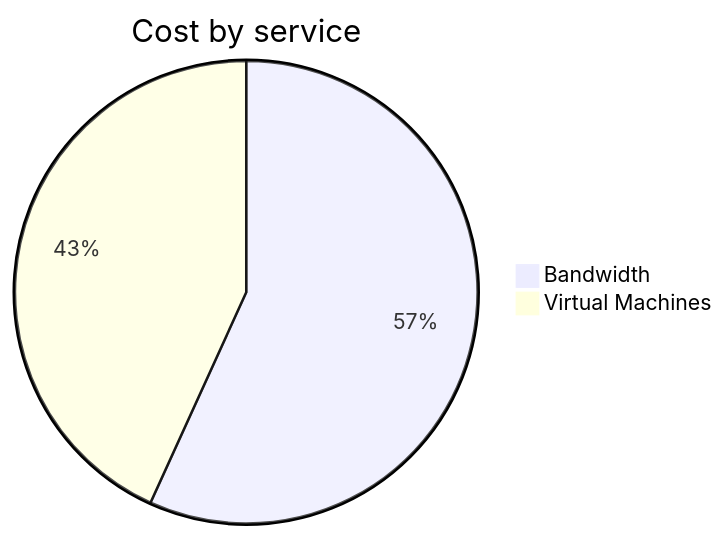
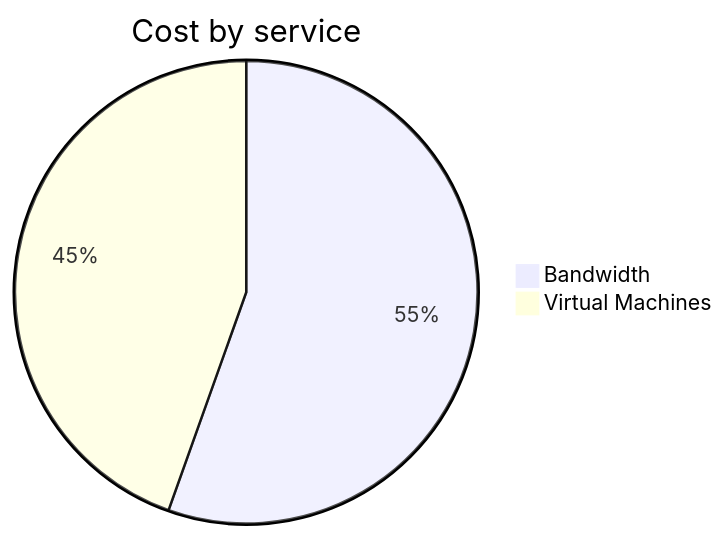
The second of 4 diagrams in cost-reports/personal-network/vpn-server.md (jpfulton/azure-personal-reports), drawn with Mermaid before and after one commit. The commit also changed other lines of this file and 8 other files, not shown here.

````diff
--- a/cost-reports/personal-network/vpn-server.md
+++ b/cost-reports/personal-network/vpn-server.md
@@ -96,6 +96,6 @@
 ```mermaid
 pie
    title Cost by service
    "Bandwidth" : 4.68
-   "Virtual Machines" : 3.56
+   "Virtual Machines" : 3.76
 ```
````
